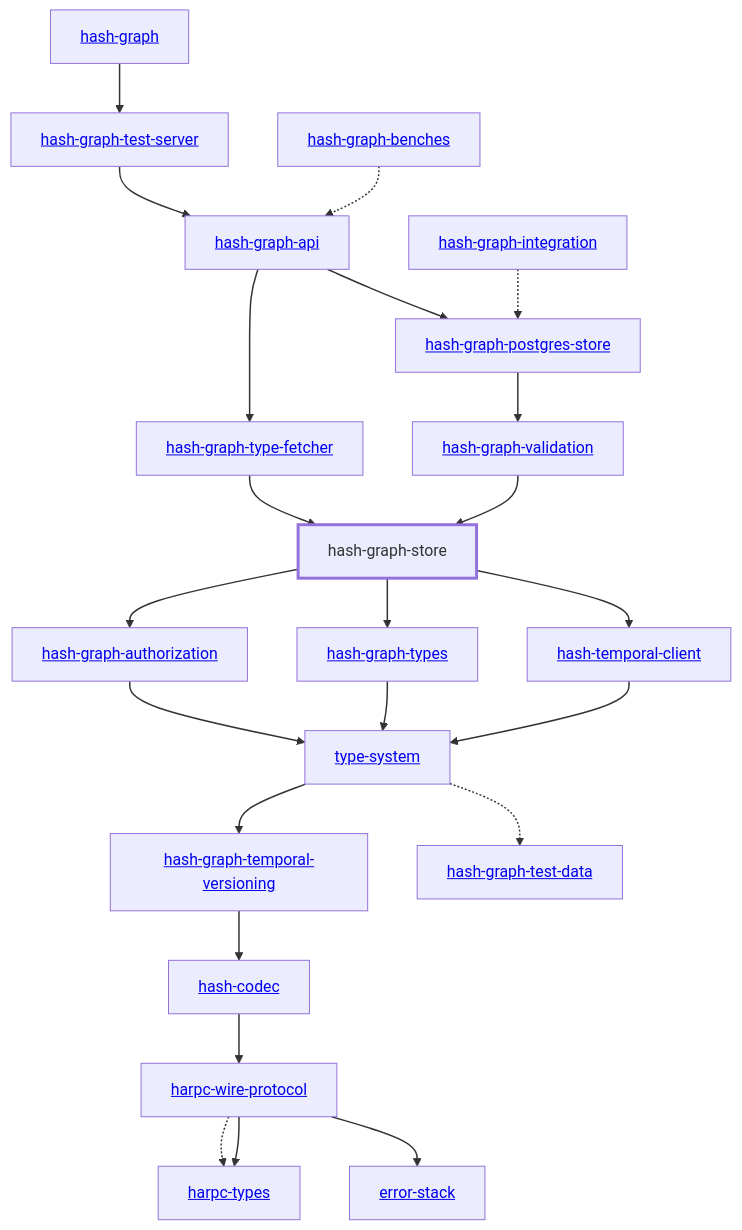
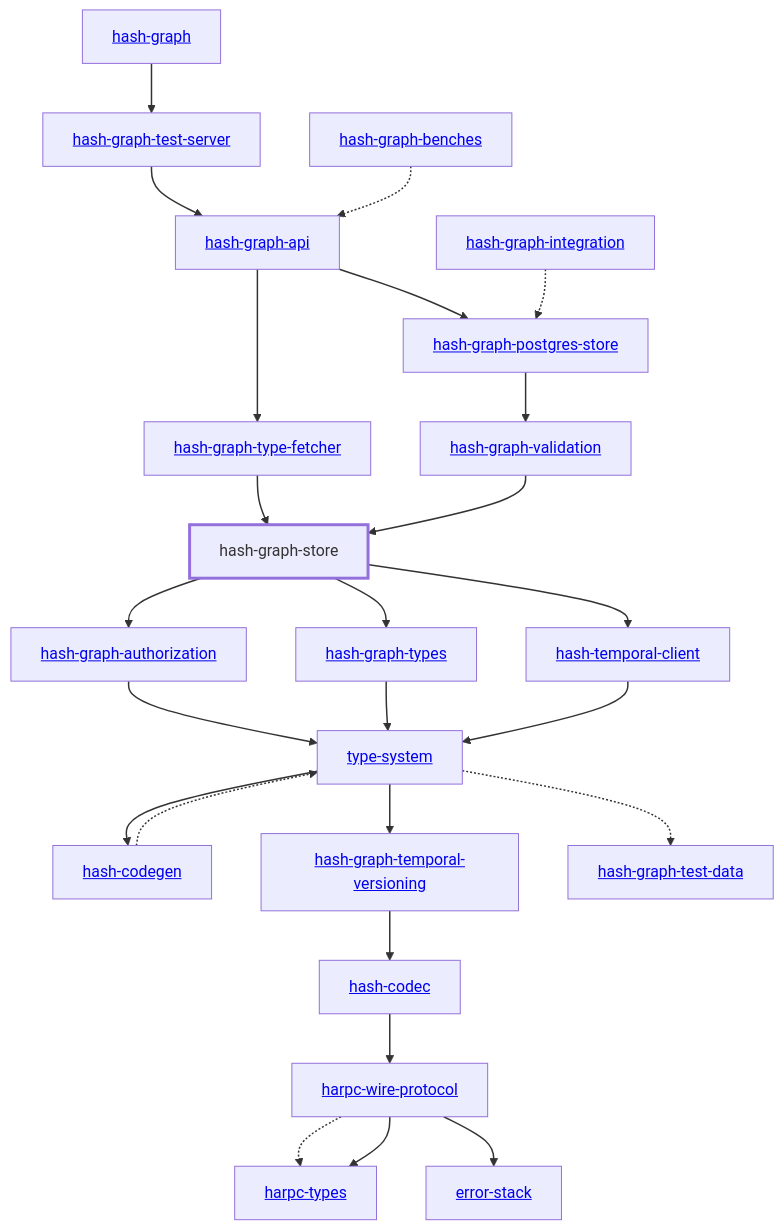
The diagram in libs/@local/graph/store/docs/dependency-diagram.mmd (hashintel/hash), drawn with Mermaid before and after one commit. The commit also changed 30 other files, not shown here.

Commit message:
Export from type-system to `types.d.ts`

```diff
--- a/libs/@local/graph/store/docs/dependency-diagram.mmd
+++ b/libs/@local/graph/store/docs/dependency-diagram.mmd
@@ -1,52 +1,55 @@
 graph TD
     linkStyle default stroke-width:1.5px
     classDef default stroke-width:1px
     classDef root stroke-width:3px
     classDef dev stroke-width:1px
     classDef build stroke-width:1px
     %% Legend
     %% --> : Normal dependency
     %% -.-> : Dev dependency
     %% ---> : Build dependency
     0[<a href="../hash_graph">hash-graph</a>]
     1[<a href="../type_system">type-system</a>]
     2[<a href="../hash_codec">hash-codec</a>]
-    3[<a href="../hash_graph_api">hash-graph-api</a>]
-    4[<a href="../hash_graph_authorization">hash-graph-authorization</a>]
-    5[<a href="../hash_graph_postgres_store">hash-graph-postgres-store</a>]
-    6[hash-graph-store]
-    class 6 root
-    7[<a href="../hash_graph_temporal_versioning">hash-graph-temporal-versioning</a>]
-    8[<a href="../hash_graph_test_server">hash-graph-test-server</a>]
-    9[<a href="../hash_graph_type_fetcher">hash-graph-type-fetcher</a>]
-    10[<a href="../hash_graph_types">hash-graph-types</a>]
-    11[<a href="../hash_graph_validation">hash-graph-validation</a>]
-    12[<a href="../harpc_types">harpc-types</a>]
-    13[<a href="../harpc_wire_protocol">harpc-wire-protocol</a>]
-    14[<a href="../hash_temporal_client">hash-temporal-client</a>]
-    15[<a href="../error_stack">error-stack</a>]
-    16[<a href="../hash_graph_benches">hash-graph-benches</a>]
-    17[<a href="../hash_graph_integration">hash-graph-integration</a>]
-    18[<a href="../hash_graph_test_data">hash-graph-test-data</a>]
-    0 --> 8
-    1 --> 7
-    1 -.-> 18
-    2 --> 13
-    3 --> 5
-    3 --> 9
-    4 --> 1
-    5 --> 11
-    6 --> 4
-    6 --> 10
-    6 --> 14
-    7 --> 2
-    8 --> 3
-    9 --> 6
-    10 --> 1
-    11 --> 6
-    13 -.-> 12
-    13 --> 12
-    13 --> 15
-    14 --> 1
-    16 -.-> 3
-    17 -.-> 5
+    3[<a href="../hash_codegen">hash-codegen</a>]
+    4[<a href="../hash_graph_api">hash-graph-api</a>]
+    5[<a href="../hash_graph_authorization">hash-graph-authorization</a>]
+    6[<a href="../hash_graph_postgres_store">hash-graph-postgres-store</a>]
+    7[hash-graph-store]
+    class 7 root
+    8[<a href="../hash_graph_temporal_versioning">hash-graph-temporal-versioning</a>]
+    9[<a href="../hash_graph_test_server">hash-graph-test-server</a>]
+    10[<a href="../hash_graph_type_fetcher">hash-graph-type-fetcher</a>]
+    11[<a href="../hash_graph_types">hash-graph-types</a>]
+    12[<a href="../hash_graph_validation">hash-graph-validation</a>]
+    13[<a href="../harpc_types">harpc-types</a>]
+    14[<a href="../harpc_wire_protocol">harpc-wire-protocol</a>]
+    15[<a href="../hash_temporal_client">hash-temporal-client</a>]
+    16[<a href="../error_stack">error-stack</a>]
+    17[<a href="../hash_graph_benches">hash-graph-benches</a>]
+    18[<a href="../hash_graph_integration">hash-graph-integration</a>]
+    19[<a href="../hash_graph_test_data">hash-graph-test-data</a>]
+    0 --> 9
+    1 --> 3
+    1 --> 8
+    1 -.-> 19
+    2 --> 14
+    3 -.-> 1
+    4 --> 6
+    4 --> 10
+    5 --> 1
+    6 --> 12
+    7 --> 5
+    7 --> 11
+    7 --> 15
+    8 --> 2
+    9 --> 4
+    10 --> 7
+    11 --> 1
+    12 --> 7
+    14 -.-> 13
+    14 --> 13
+    14 --> 16
+    15 --> 1
+    17 -.-> 4
+    18 -.-> 6
```
